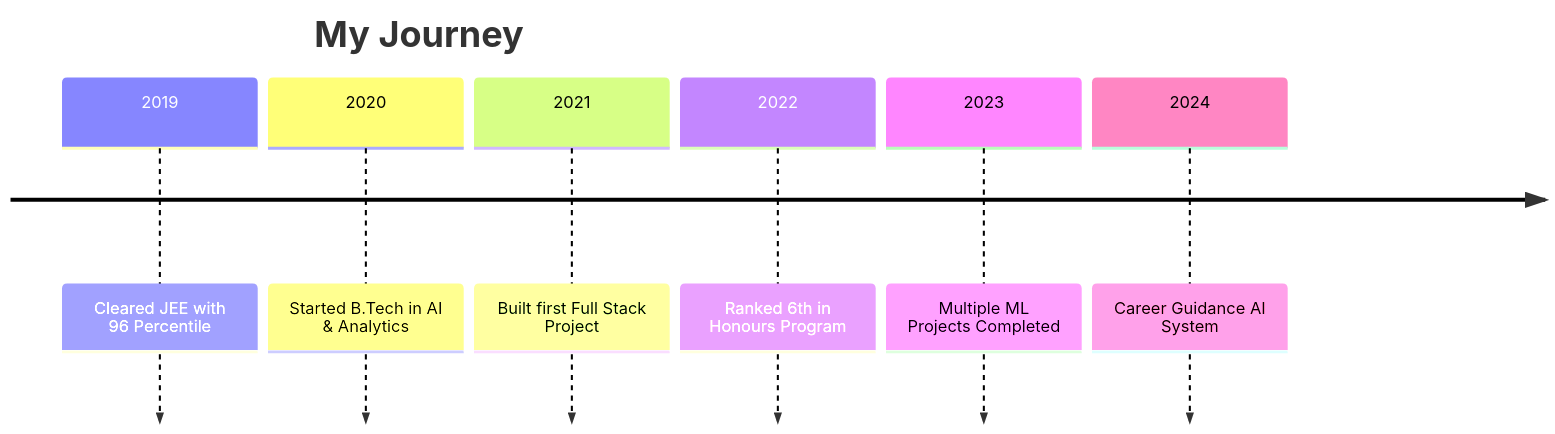
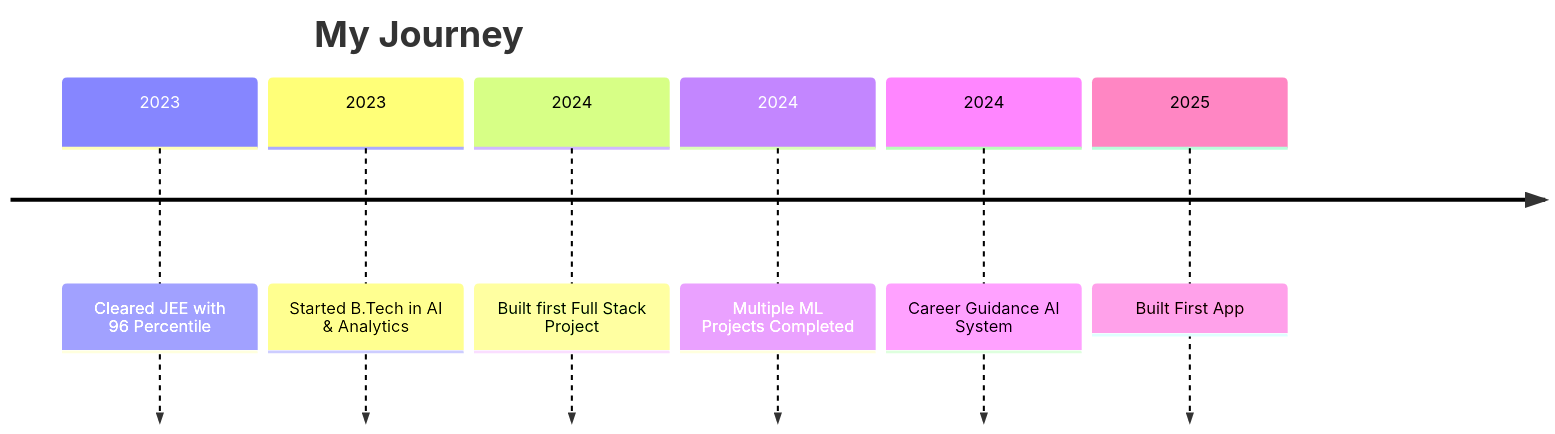
One commit to Ayush-AI-ux/Ayush-AI-ux changed the second of 2 diagrams in README.md. Above: the diagram before and after it, drawn with Mermaid. The commit also changed other lines of this file, not shown here.

Commit message:
Revise journey timeline and social links
Updated timeline and contact links in README.

````diff
--- a/README.md
+++ b/README.md
@@ -295,10 +295,10 @@
 ```mermaid
 timeline
     title My Journey
-    2019 : Cleared JEE with 96 Percentile
-    2020 : Started B.Tech in AI & Analytics
-    2021 : Built first Full Stack Project
-    2022 : Ranked 6th in Honours Program
-    2023 : Multiple ML Projects Completed
+    2023 : Cleared JEE with 96 Percentile
+    2023 : Started B.Tech in AI & Analytics
+    2024 : Built first Full Stack Project
+    2024 : Multiple ML Projects Completed
     2024 : Career Guidance AI System
+    2025 : Built First App 
 ```
````
